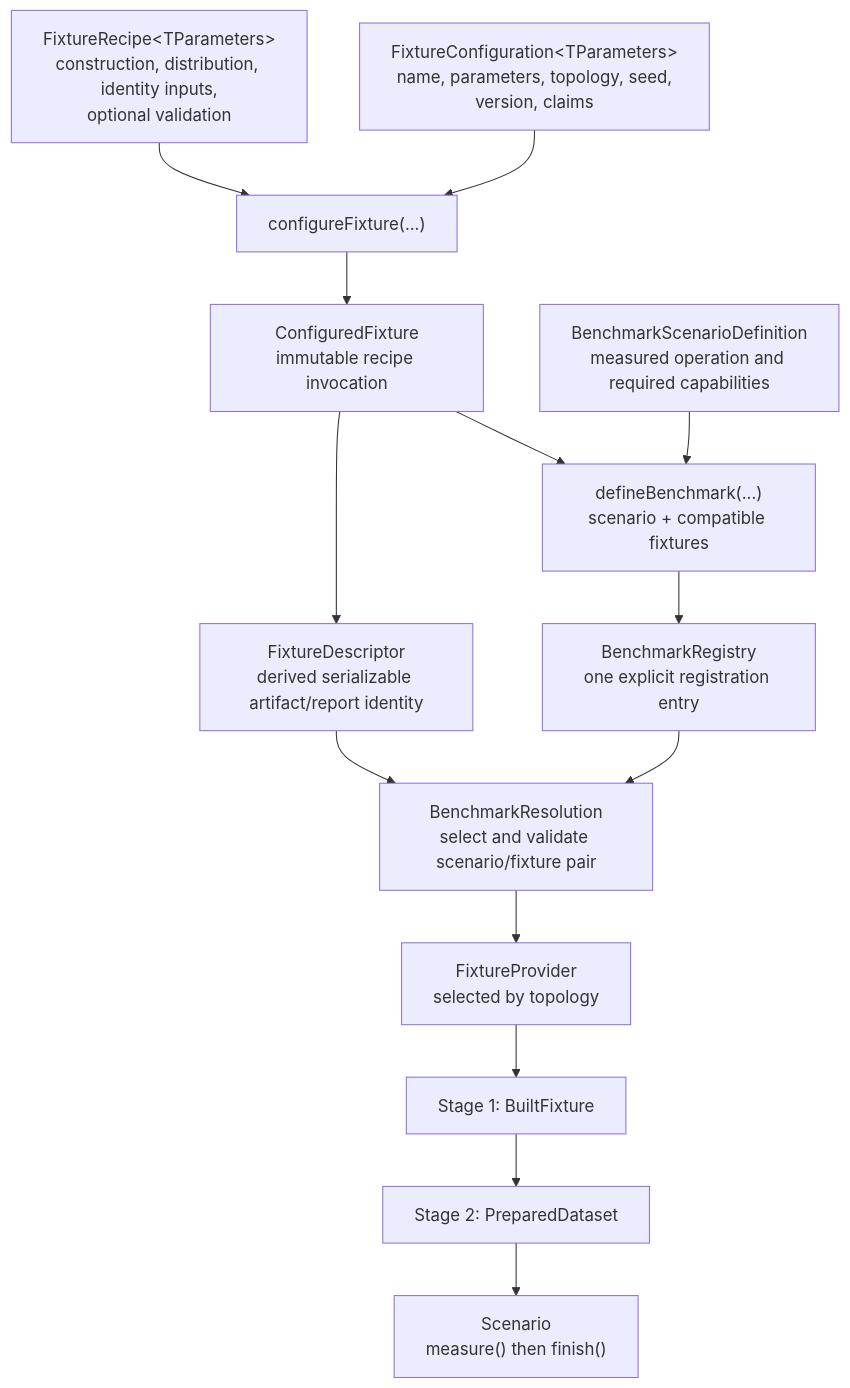
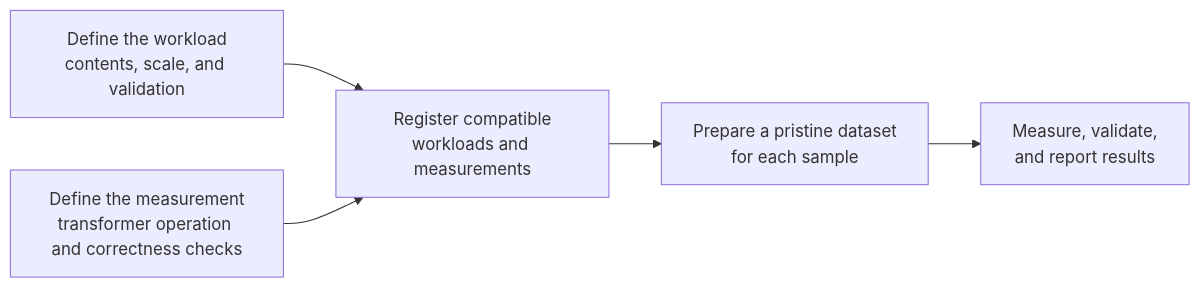
One commit to iTwin/imodel-transformer changed the first of 2 diagrams in packages/performance-tests/ARCHITECTURE.md. Above: the diagram before and after it, drawn with Mermaid.

Commit message:
Simplify benchmark architecture diagram

````diff
--- a/packages/performance-tests/ARCHITECTURE.md
+++ b/packages/performance-tests/ARCHITECTURE.md
@@ -110,30 +110,13 @@
 ```mermaid
-flowchart TD
-    Recipe["FixtureRecipe&lt;TParameters&gt;<br/>construction, distribution, identity inputs,<br/>optional validation"]
-    Configuration["FixtureConfiguration&lt;TParameters&gt;<br/>name, parameters, topology, seed,<br/>version, claims"]
-    Configure["configureFixture(...)"]
-    Fixture["ConfiguredFixture<br/>immutable recipe invocation"]
-    Descriptor["FixtureDescriptor<br/>derived serializable artifact/report identity"]
-    Scenario["BenchmarkScenarioDefinition<br/>measured operation and required capabilities"]
-    Registration["defineBenchmark(...)<br/>scenario + compatible fixtures"]
-    Registry["BenchmarkRegistry<br/>one explicit registration entry"]
-    Resolution["BenchmarkResolution<br/>select and validate scenario/fixture pair"]
-    Provider["FixtureProvider<br/>selected by topology"]
-    Build["Stage 1: BuiltFixture"]
-    Dataset["Stage 2: PreparedDataset"]
-    Run["Scenario<br/>measure() then finish()"]
+flowchart LR
+    Workload["Define the workload<br/>contents, scale, and validation"]
+    Measurement["Define the measurement<br/>transformer operation and correctness checks"]
+    Registration["Register compatible<br/>workloads and measurements"]
+    Preparation["Prepare a pristine dataset<br/>for each sample"]
+    Results["Measure, validate,<br/>and report results"]
 
-    Recipe --> Configure
-    Configuration --> Configure
-    Configure --> Fixture
-    Fixture --> Descriptor
-    Fixture --> Registration
-    Scenario --> Registration
-    Registration --> Registry
-    Registry --> Resolution
-    Descriptor --> Resolution
-    Resolution --> Provider
-    Provider --> Build
-    Build --> Dataset
-    Dataset --> Run
+    Workload --> Registration
+    Measurement --> Registration
+    Registration --> Preparation
+    Preparation --> Results
 ```
````
